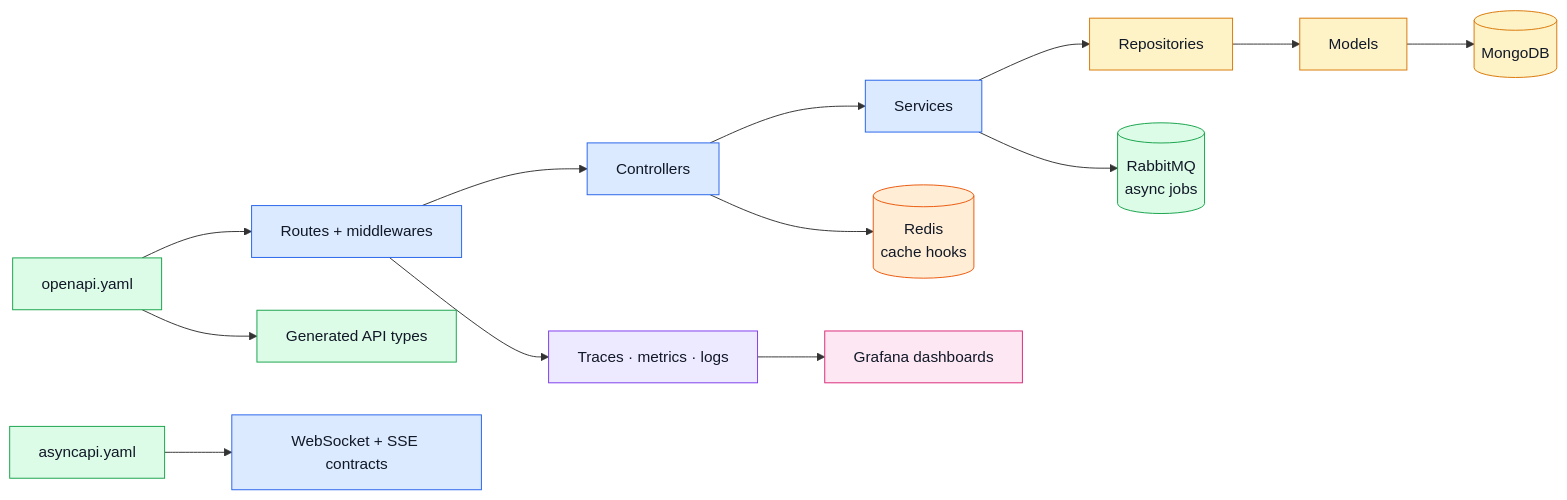
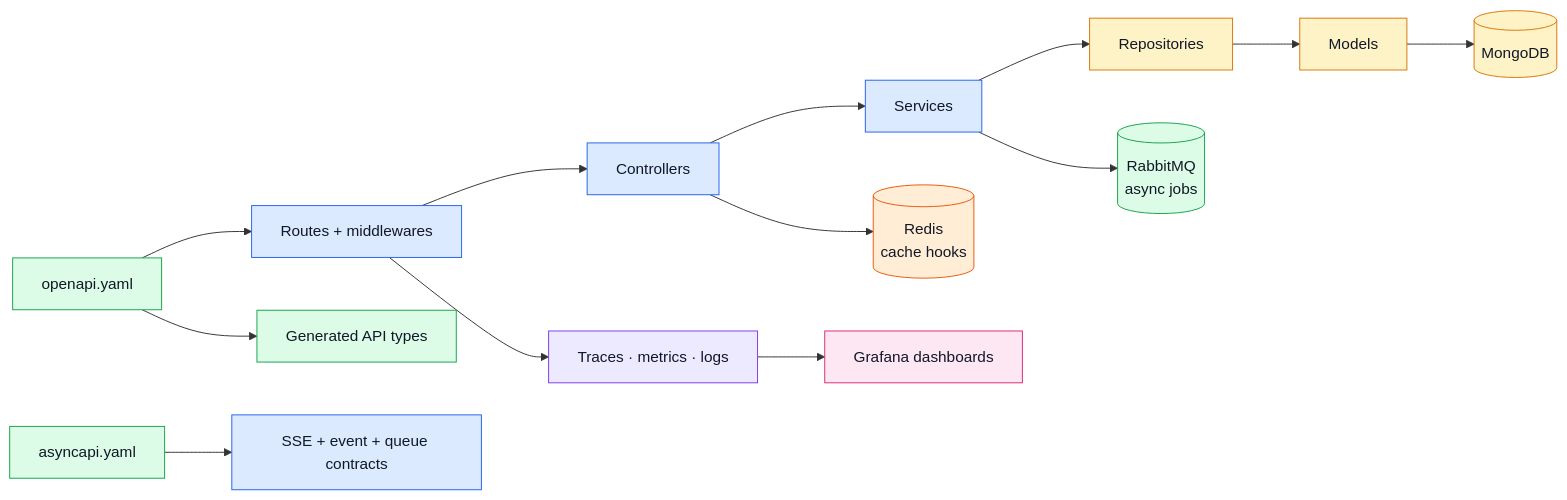
One commit to Guebbit/boilerplate-node-backend changed the second of 2 diagrams in docs/index.md. Above: the diagram before and after it, drawn with Mermaid. The commit also changed other lines of this file and 47 other files, not shown here.

````diff
--- a/docs/index.md
+++ b/docs/index.md
@@ -86,32 +86,32 @@
 ```mermaid
 %%{init: {'flowchart': {'nodeSpacing': 55, 'rankSpacing': 70}}}%%
 flowchart LR
     OpenSpec[openapi.yaml] --> Routes[Routes + middlewares]
-    AsyncSpec[asyncapi.yaml] --> Realtime[WebSocket + SSE contracts]
+    AsyncSpec[asyncapi.yaml] --> Realtime[SSE + event + queue contracts]
     Routes --> Controllers[Controllers]
     Controllers --> Services[Services]
     Services --> Repositories[Repositories]
     Repositories --> Models[Models]
     Models --> Mongo[(MongoDB)]
     Services --> Queue[(RabbitMQ\nasync jobs)]
 
     Routes --> Obs[Traces · metrics · logs]
     Controllers --> Cache[(Redis\ncache hooks)]
     Obs --> Grafana[Grafana dashboards]
     OpenSpec --> Types[Generated API types]
 
     classDef contract fill:#dcfce7,stroke:#16a34a,color:#111827;
     classDef app fill:#dbeafe,stroke:#2563eb,color:#111827;
     classDef data fill:#fef3c7,stroke:#d97706,color:#111827;
     classDef cache fill:#ffedd5,stroke:#ea580c,color:#111827;
     classDef queue fill:#dcfce7,stroke:#16a34a,color:#111827;
     classDef ops fill:#ede9fe,stroke:#7c3aed,color:#111827;
     classDef ui fill:#fce7f3,stroke:#db2777,color:#111827;
     class OpenSpec,AsyncSpec,Types contract;
     class Routes,Realtime,Controllers,Services app;
     class Repositories,Models,Mongo data;
     class Cache cache;
     class Queue queue;
     class Obs ops;
     class Grafana ui;
 ```
````
